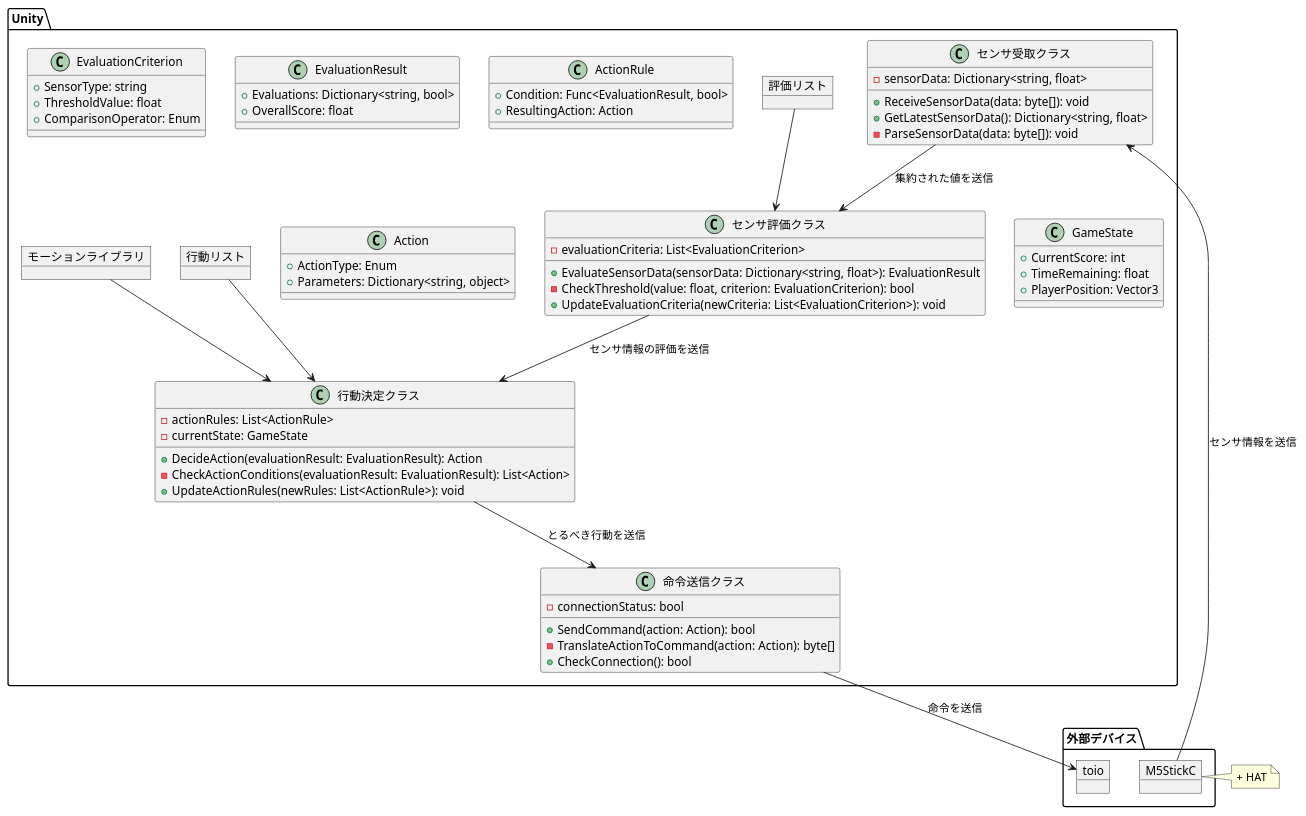
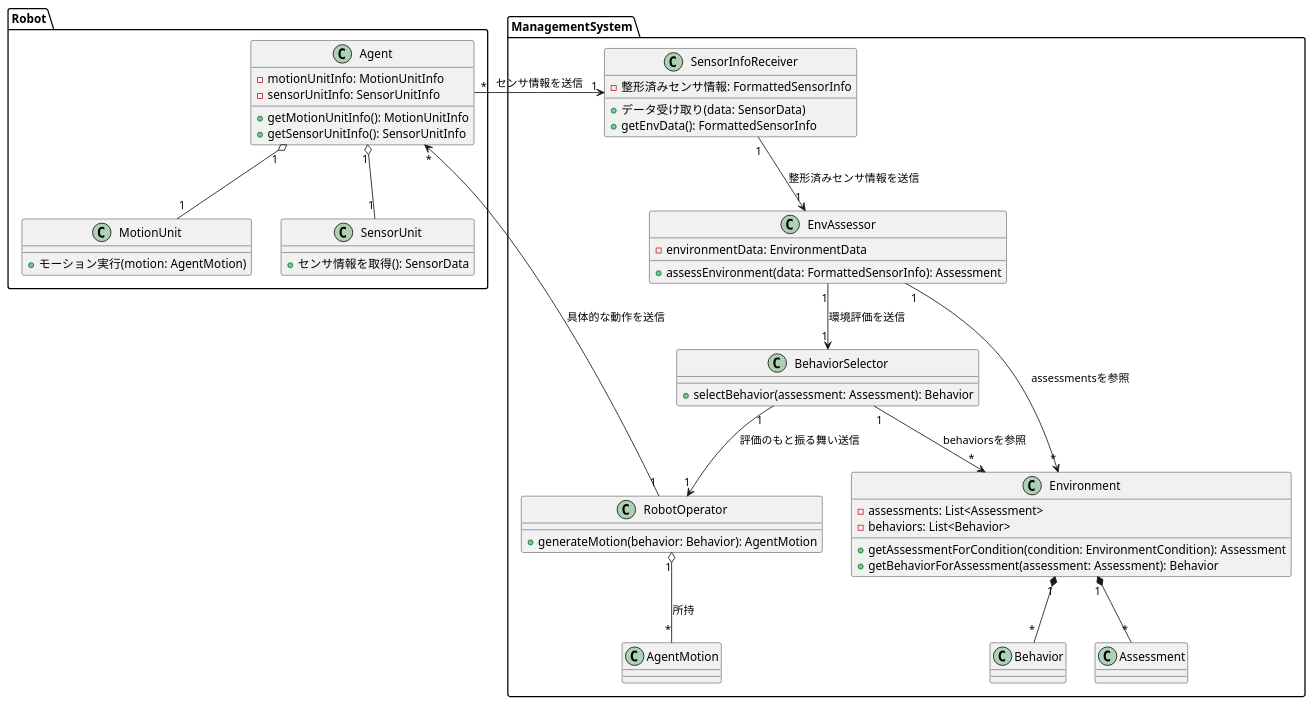
The diagram in Document/system_overview.pu (Ryuzo-MYU/weak-toio), drawn with PlantUML before and after one commit. The commit also changed 60 other files, not shown here.

```diff
--- a/Document/system_overview.pu
+++ b/Document/system_overview.pu
@@ -1,82 +1,59 @@
-@startuml
-
-package "Unity" {
-	class "センサ受取クラス" as SensorReceiver{
-		- sensorData: Dictionary<string, float>
-		+ ReceiveSensorData(data: byte[]): void
-		+ GetLatestSensorData(): Dictionary<string, float>
-		- ParseSensorData(data: byte[]): void
+@startuml クラス図
+package Robot {
+	class Agent {
+		- motionUnitInfo: MotionUnitInfo
+		- sensorUnitInfo: SensorUnitInfo
+		+ getMotionUnitInfo(): MotionUnitInfo
+		+ getSensorUnitInfo(): SensorUnitInfo
 	}
-	class "センサ評価クラス" as SensorEvaluator{
-		- evaluationCriteria: List<EvaluationCriterion>
-		+ EvaluateSensorData(sensorData: Dictionary<string, float>): EvaluationResult
-		- CheckThreshold(value: float, criterion: EvaluationCriterion): bool
-		+ UpdateEvaluationCriteria(newCriteria: List<EvaluationCriterion>): void
+	class MotionUnit {
+		+ モーション実行(motion: AgentMotion)
 	}
-	class "行動決定クラス" as ActionDecider{
-		- actionRules: List<ActionRule>
-		- currentState: GameState
-		+ DecideAction(evaluationResult: EvaluationResult): Action
-		- CheckActionConditions(evaluationResult: EvaluationResult): List<Action>
-		+ UpdateActionRules(newRules: List<ActionRule>): void
+	class SensorUnit {
+		+ センサ情報を取得(): SensorData
 	}
-	class "命令送信クラス" as CommandSender{
-		- connectionStatus: bool
-		+ SendCommand(action: Action): bool
-		- TranslateActionToCommand(action: Action): byte[]
-		+ CheckConnection(): bool
-	}
-
-	object "評価リスト" as EvaluationList
-	object "行動リスト" as ActionList
-	object "モーションライブラリ" as MotionLibrary
-
-	class EvaluationCriterion {
-		+ SensorType: string
-		+ ThresholdValue: float
-		+ ComparisonOperator: Enum
-	}
-
-	class EvaluationResult {
-		+ Evaluations: Dictionary<string, bool>
-		+ OverallScore: float
-	}
-
-	class ActionRule {
-		+ Condition: Func<EvaluationResult, bool>
-		+ ResultingAction: Action
-	}
-
-	class Action {
-		+ ActionType: Enum
-		+ Parameters: Dictionary<string, object>
-	}
-
-	class GameState {
-		+ CurrentScore: int
-		+ TimeRemaining: float
-		+ PlayerPosition: Vector3
-	}
-
-	SensorReceiver --> SensorEvaluator : 集約された値を送信
-	SensorEvaluator --> ActionDecider : センサ情報の評価を送信
-	ActionDecider --> CommandSender : とるべき行動を送信
-
-	EvaluationList --> SensorEvaluator
-	ActionList --> ActionDecider
-	MotionLibrary --> ActionDecider
-
-	
 }
 
-package "外部デバイス" {
-	object "M5StickC" as M5StickC
-	object "toio" as Toio
+package ManagementSystem {
+	class SensorInfoReceiver {
+		- 整形済みセンサ情報: FormattedSensorInfo
+		+ データ受け取り(data: SensorData)
+		+ getEnvData(): FormattedSensorInfo
+	}
+	class EnvAssessor {
+		- environmentData: EnvironmentData
+		+ assessEnvironment(data: FormattedSensorInfo): Assessment
+	}
+	class BehaviorSelector {
+		+ selectBehavior(assessment: Assessment): Behavior
+	}
+	class Environment {
+		- assessments: List<Assessment>
+		- behaviors: List<Behavior>
+		+ getAssessmentForCondition(condition: EnvironmentCondition): Assessment
+		+ getBehaviorForAssessment(assessment: Assessment): Behavior
+	}
+	class RobotOperator {
+		+ generateMotion(behavior: Behavior): AgentMotion
+	}
+	class AgentMotion
+	class Behavior
+	class Assessment
 }
 
-M5StickC --> SensorReceiver : センサ情報を送信
-CommandSender --> Toio : 命令を送信
+Agent "1" o-- "1" MotionUnit
+Agent "1" o-- "1" SensorUnit
 
-note right of M5StickC : + HAT
+Agent "*" -right-> "1" SensorInfoReceiver : センサ情報を送信
+
+SensorInfoReceiver "1" --> "1" EnvAssessor : 整形済みセンサ情報を送信
+EnvAssessor "1" --> "1" BehaviorSelector : 環境評価を送信
+BehaviorSelector "1" --> "1" RobotOperator : 評価のもと振る舞い送信
+EnvAssessor "1" --> "*" Environment : assessmentsを参照
+BehaviorSelector "1" --> "*" Environment : behaviorsを参照
+Environment "1" *-- "*" Assessment
+Environment "1" *-- "*" Behavior
+RobotOperator "1" o-- "*" AgentMotion : 所持
+Agent "*" <-right- "1" RobotOperator : 具体的な動作を送信
 
 @enduml
```
